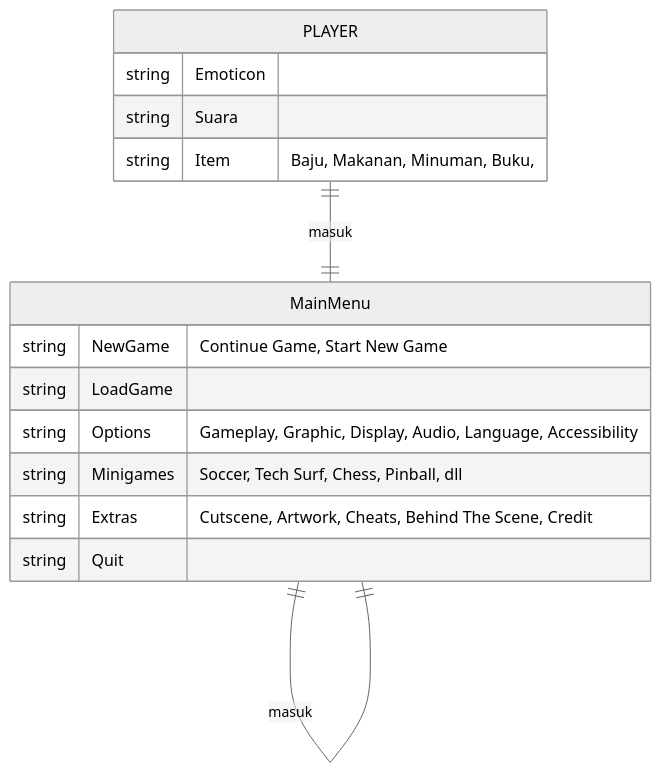
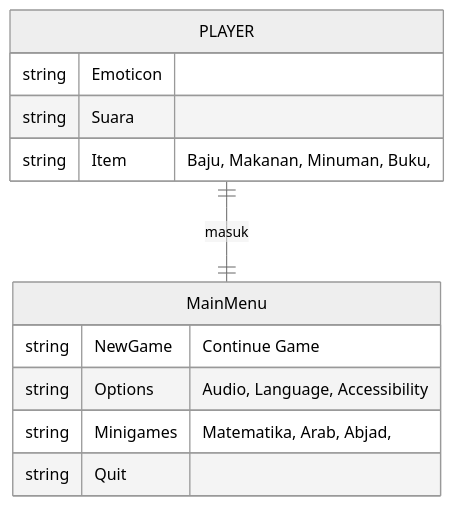
The first of 2 diagrams in README.md (tibianugraha/game), drawn with Mermaid (neutral theme) before and after one commit.

````diff
--- a/README.md
+++ b/README.md
@@ -65,22 +65,16 @@
 ```mermaid
 erDiagram
   PLAYER { 
     string Emoticon
     string Suara 
     string Item "Baju, Makanan, Minuman, Buku,"
   }
   PLAYER ||--|| MainMenu : masuk
-  MainMenu ||--|| MainMenu : menampilkan
-  MainMenu ||--|| MainMenu : merubah
-  MainMenu ||--|| MainMenu : menghapus
-  MainMenu ||--|| MainMenu : masuk
   MainMenu {
-    string NewGame "Continue Game, Start New Game"
-    string LoadGame
-    string Options "Gameplay, Graphic, Display, Audio, Language, Accessibility"
-    string Minigames "Soccer, Tech Surf, Chess, Pinball, dll "
-    string Extras "Cutscene, Artwork, Cheats, Behind The Scene, Credit"
+    string NewGame "Continue Game"
+    string Options "Audio, Language, Accessibility"
+    string Minigames "Matematika, Arab, Abjad,"
     string Quit
   }
 
 ```
````
